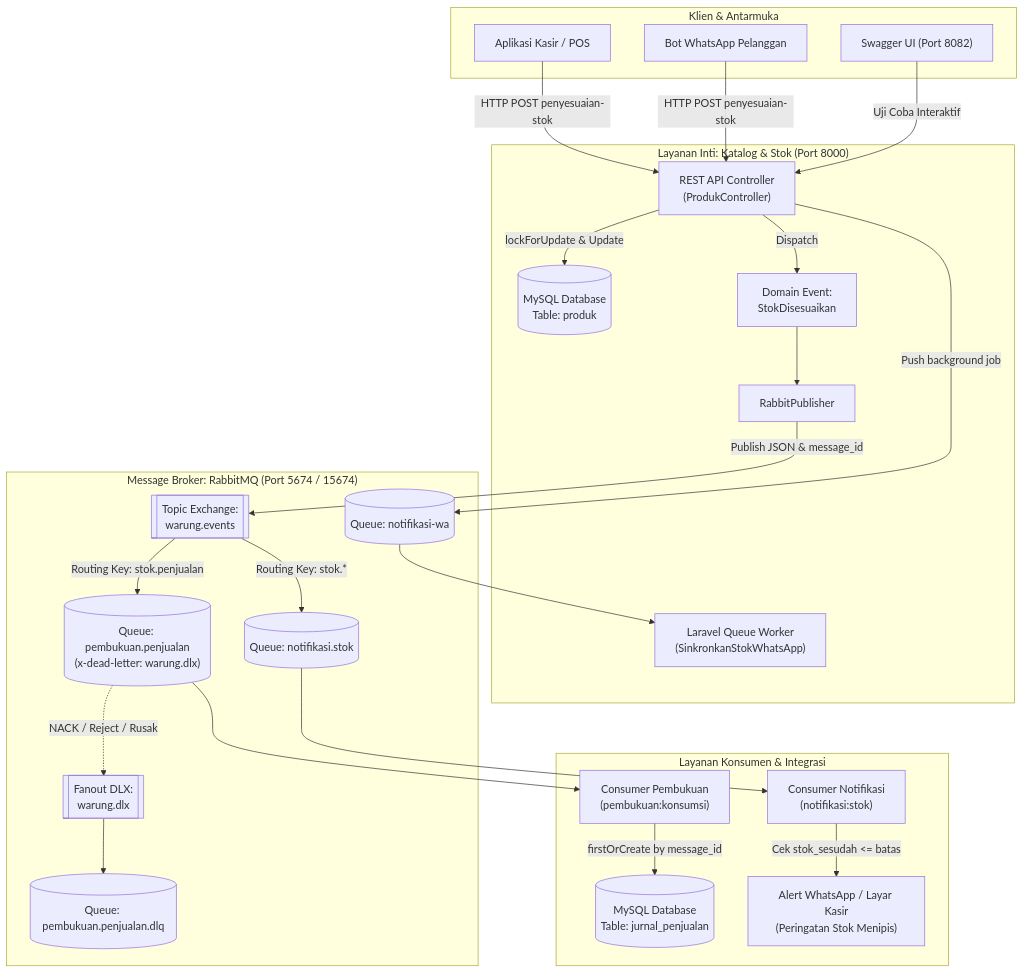
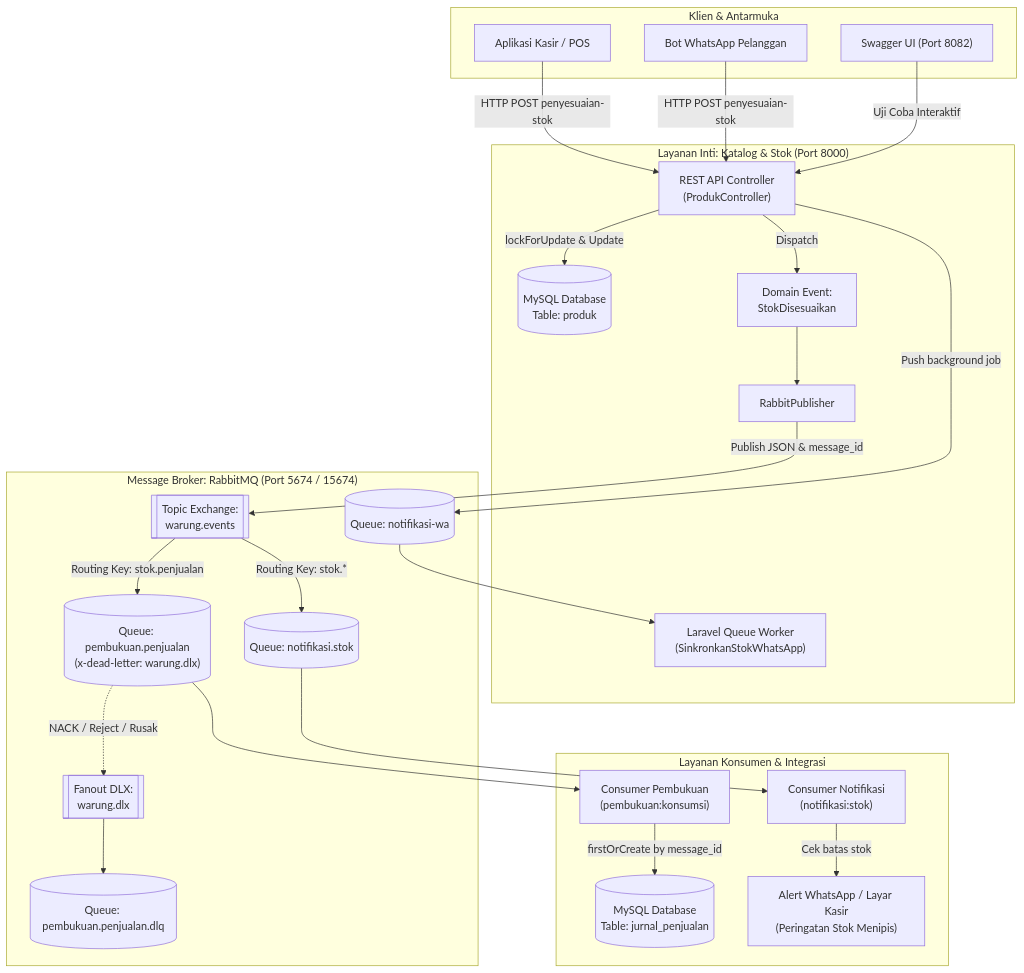
One commit to jackalwyssad/warung-ibu-beti changed the first of 3 diagrams in README.md. Above: the diagram before and after it, drawn with Mermaid. The commit also changed other lines of this file, not shown here.

Commit message:
docs: perbaiki sintaks mermaid sequence diagram di README nomor 2

````diff
--- a/README.md
+++ b/README.md
@@ -36,58 +36,58 @@
 ```mermaid
 flowchart TD
     subgraph Klien ["Klien & Antarmuka"]
         Kasir["Aplikasi Kasir / POS"]
         BotWA["Bot WhatsApp Pelanggan"]
         Swagger["Swagger UI (Port 8082)"]
     end
 
     subgraph CoreService ["Layanan Inti: Katalog & Stok (Port 8000)"]
         API["REST API Controller<br/>(ProdukController)"]
         DB[("MySQL Database<br/>Table: produk")]
         Event["Domain Event:<br/>StokDisesuaikan"]
         Publisher["RabbitPublisher"]
         QueueWorker["Laravel Queue Worker<br/>(SinkronkanStokWhatsApp)"]
     end
 
     subgraph Broker ["Message Broker: RabbitMQ (Port 5674 / 15674)"]
         ExEvents[["Topic Exchange:<br/>warung.events"]]
         ExDLX[["Fanout DLX:<br/>warung.dlx"]]
         
         QPenjualan[("Queue: pembukuan.penjualan<br/>(x-dead-letter: warung.dlx)")]
         QNotif[("Queue: notifikasi.stok")]
         QDLQ[("Queue: pembukuan.penjualan.dlq")]
         QWA[("Queue: notifikasi-wa")]
     end
 
     subgraph SubSistem ["Layanan Konsumen & Integrasi"]
         ConsPembukuan["Consumer Pembukuan<br/>(pembukuan:konsumsi)"]
         DBJurnal[("MySQL Database<br/>Table: jurnal_penjualan")]
         ConsNotif["Consumer Notifikasi<br/>(notifikasi:stok)"]
         Alert["Alert WhatsApp / Layar Kasir<br/>(Peringatan Stok Menipis)"]
     end
 
     %% Flow REST
     Kasir -->|HTTP POST penyesuaian-stok| API
     BotWA -->|HTTP POST penyesuaian-stok| API
     Swagger -->|Uji Coba Interaktif| API
     API -->|lockForUpdate & Update| DB
     API -->|Dispatch| Event
     Event --> Publisher
     Publisher -->|Publish JSON & message_id| ExEvents
 
     %% Queue Job
     API -->|Push background job| QWA
     QWA --> QueueWorker
 
     %% Routing RabbitMQ
     ExEvents -->|Routing Key: stok.penjualan| QPenjualan
     ExEvents -->|Routing Key: stok.*| QNotif
     QPenjualan -.->|NACK / Reject / Rusak| ExDLX
     ExDLX --> QDLQ
 
     %% Consumer
     QPenjualan --> ConsPembukuan
     ConsPembukuan -->|firstOrCreate by message_id| DBJurnal
     QNotif --> ConsNotif
-    ConsNotif -->|Cek stok_sesudah <= batas| Alert
+    ConsNotif -->|Cek batas stok| Alert
 ```
````
